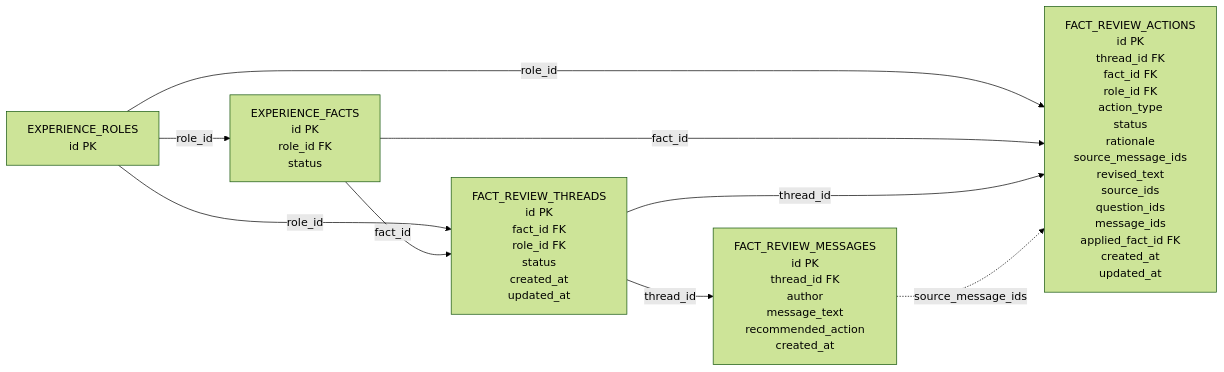
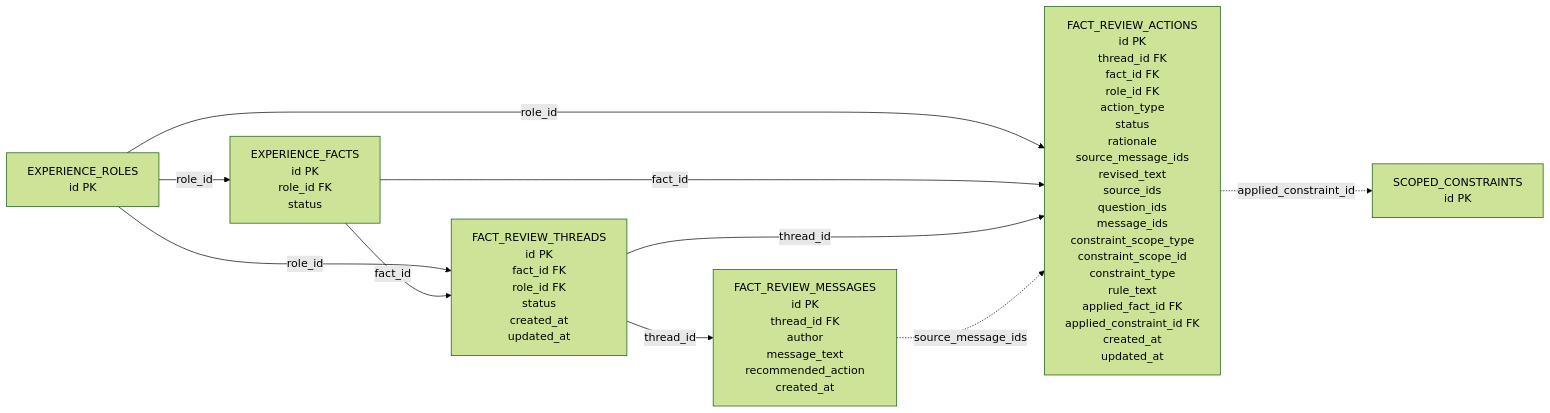
One commit to rsauers0/career-agent changed the second of 5 diagrams in docs/er-diagram.md. Above: the diagram before and after it, drawn with Mermaid (forest theme). The commit also changed other lines of this file and 11 other files, not shown here.

First line of the commit message:
Connect fact review to scoped constraints

````diff
--- a/docs/er-diagram.md
+++ b/docs/er-diagram.md
@@ -33,21 +33,24 @@
 ```mermaid
 flowchart LR
     Roles["EXPERIENCE_ROLES<br/>id PK"]
 
     Facts["EXPERIENCE_FACTS<br/>id PK<br/>role_id FK<br/>status"]
 
     Threads["FACT_REVIEW_THREADS<br/>id PK<br/>fact_id FK<br/>role_id FK<br/>status<br/>created_at<br/>updated_at"]
 
     Messages["FACT_REVIEW_MESSAGES<br/>id PK<br/>thread_id FK<br/>author<br/>message_text<br/>recommended_action<br/>created_at"]
 
-    Actions["FACT_REVIEW_ACTIONS<br/>id PK<br/>thread_id FK<br/>fact_id FK<br/>role_id FK<br/>action_type<br/>status<br/>rationale<br/>source_message_ids<br/>revised_text<br/>source_ids<br/>question_ids<br/>message_ids<br/>applied_fact_id FK<br/>created_at<br/>updated_at"]
+    Actions["FACT_REVIEW_ACTIONS<br/>id PK<br/>thread_id FK<br/>fact_id FK<br/>role_id FK<br/>action_type<br/>status<br/>rationale<br/>source_message_ids<br/>revised_text<br/>source_ids<br/>question_ids<br/>message_ids<br/>constraint_scope_type<br/>constraint_scope_id<br/>constraint_type<br/>rule_text<br/>applied_fact_id FK<br/>applied_constraint_id FK<br/>created_at<br/>updated_at"]
+
+    Constraints["SCOPED_CONSTRAINTS<br/>id PK"]
 
     Roles -->|"role_id"| Facts
     Roles -->|"role_id"| Threads
     Roles -->|"role_id"| Actions
     Facts -->|"fact_id"| Threads
     Facts -->|"fact_id"| Actions
     Threads -->|"thread_id"| Messages
     Threads -->|"thread_id"| Actions
     Messages -. "source_message_ids" .-> Actions
+    Actions -. "applied_constraint_id" .-> Constraints
 ```
````
